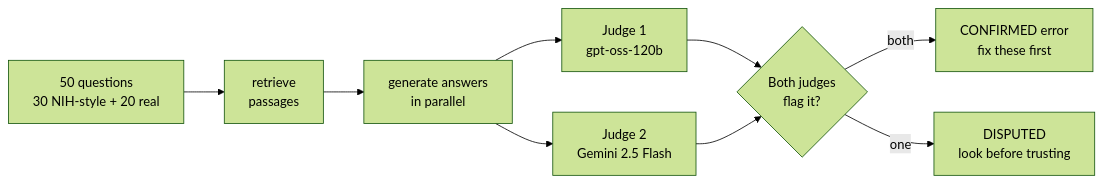
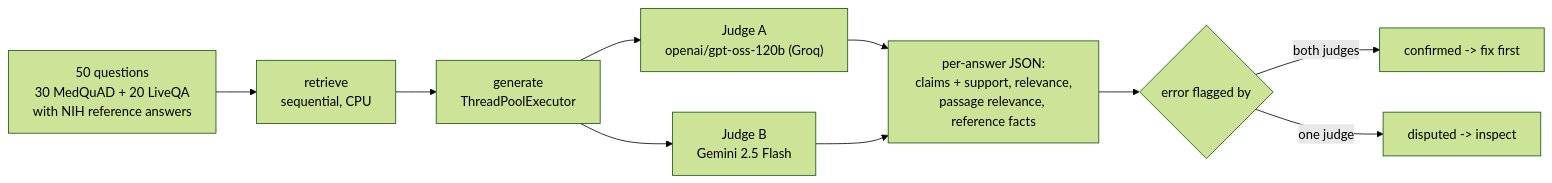
The eighth of 13 diagrams in README.md (pavanaditya123/healthcare-rag-assistant), drawn with Mermaid (forest theme) before and after one commit. The commit also changed other lines of this file, not shown here.

Commit message:
README: technical diagrams per component, each followed by an everyday explanation

````diff
--- a/README.md
+++ b/README.md
@@ -431,11 +422,12 @@
 ```mermaid
 flowchart LR
-    Q["50 questions<br/>30 NIH-style + 20 real"] --> RET["retrieve<br/>passages"]
-    RET --> GEN["generate answers<br/>in parallel"]
-    GEN --> J1["Judge 1<br/>gpt-oss-120b"]
-    GEN --> J2["Judge 2<br/>Gemini 2.5 Flash"]
-    J1 --> CMP{"Both judges<br/>flag it?"}
-    J2 --> CMP
-    CMP -- "both" --> C["CONFIRMED error<br/>fix these first"]
-    CMP -- "one" --> D["DISPUTED<br/>look before trusting"]
+    QS["50 questions<br/>30 MedQuAD + 20 LiveQA<br/>with NIH reference answers"] --> R["retrieve<br/>sequential, CPU"]
+    R --> G["generate<br/>ThreadPoolExecutor"]
+    G --> J1["Judge A<br/>openai/gpt-oss-120b (Groq)"]
+    G --> J2["Judge B<br/>Gemini 2.5 Flash"]
+    J1 --> M["per-answer JSON:<br/>claims + support, relevance,<br/>passage relevance, reference facts"]
+    J2 --> M
+    M --> CF{"error flagged by"}
+    CF -- "both judges" --> C["confirmed -> fix first"]
+    CF -- "one judge" --> D["disputed -> inspect"]
 ```
````
